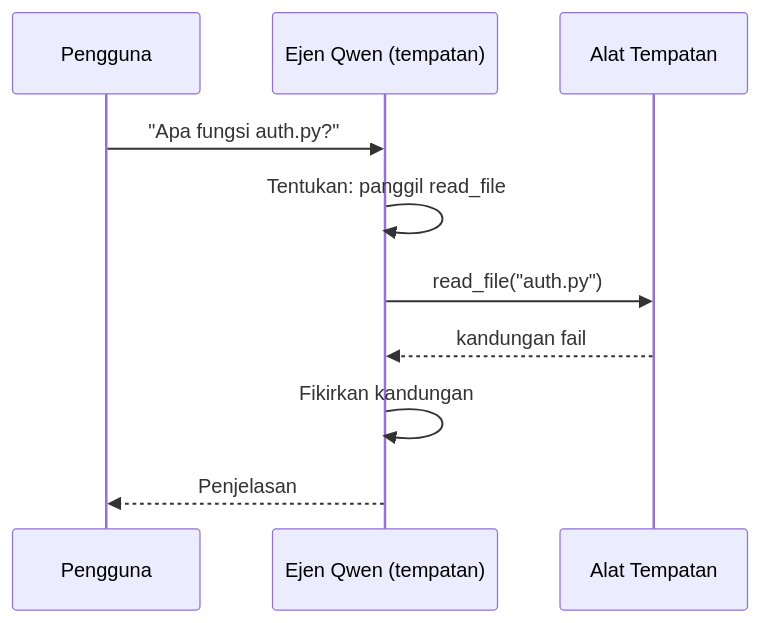
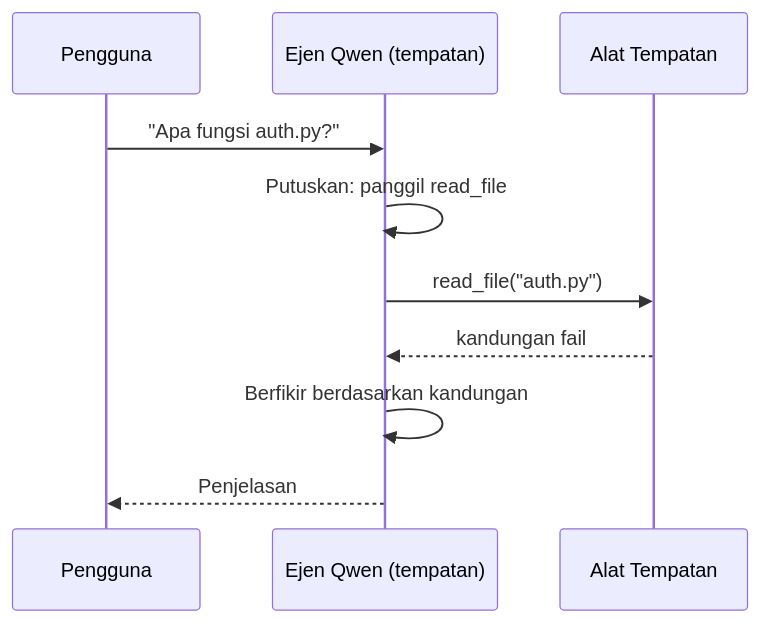
Before and after one commit to gabrielmoreira/agent-skills-mirror: the second of 4 diagrams in mirrors/repos/microsoft@ai-agents-for-beginners/translations/ms/17-creating-local-ai-agents/README.md, drawn with Mermaid. The commit also changed other lines of this file and 4262 other files, not shown here.

````diff
--- a/mirrors/repos/microsoft@ai-agents-for-beginners/translations/ms/17-creating-local-ai-agents/README.md
+++ b/mirrors/repos/microsoft@ai-agents-for-beginners/translations/ms/17-creating-local-ai-agents/README.md
@@ -106,12 +106,12 @@
 ```mermaid
 sequenceDiagram
     participant U as Pengguna
     participant A as Ejen Qwen (tempatan)
     participant T as Alat Tempatan
     U->>A: "Apa fungsi auth.py?"
-    A->>A: Tentukan: panggil read_file
+    A->>A: Putuskan: panggil read_file
     A->>T: read_file("auth.py")
     T-->>A: kandungan fail
-    A->>A: Fikirkan kandungan
+    A->>A: Berfikir berdasarkan kandungan
     A-->>U: Penjelasan
 ```
````
